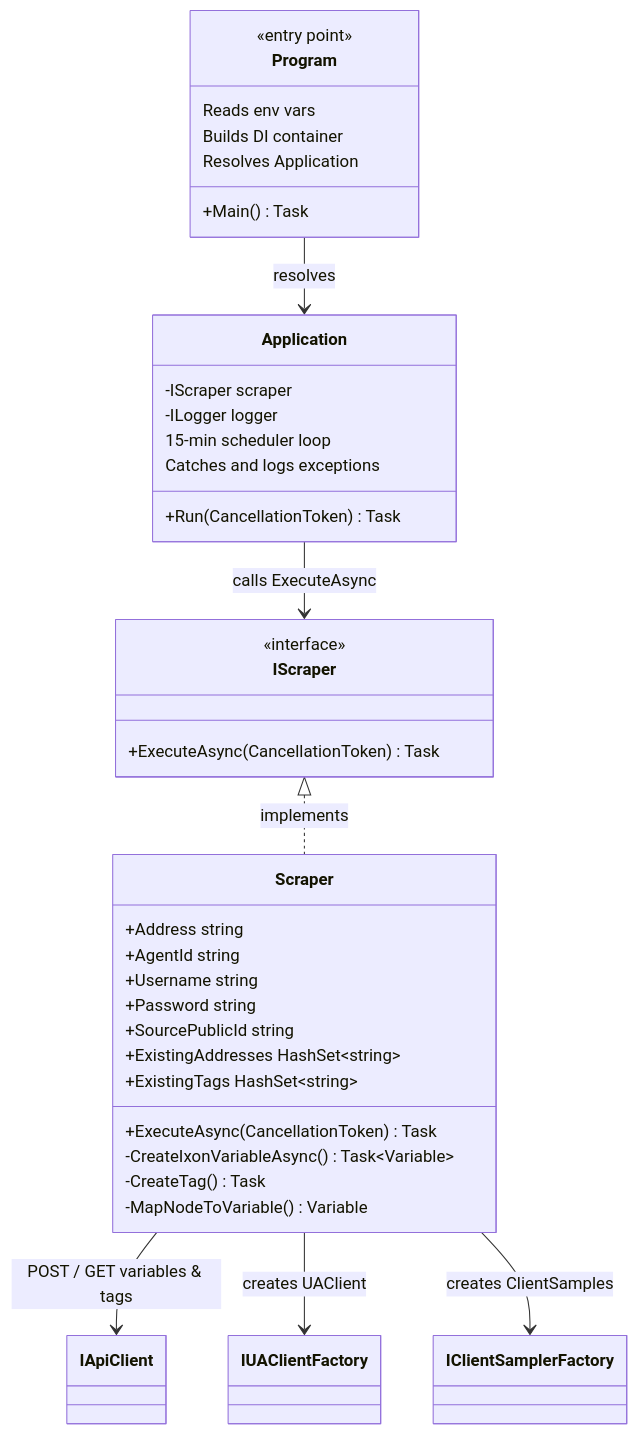
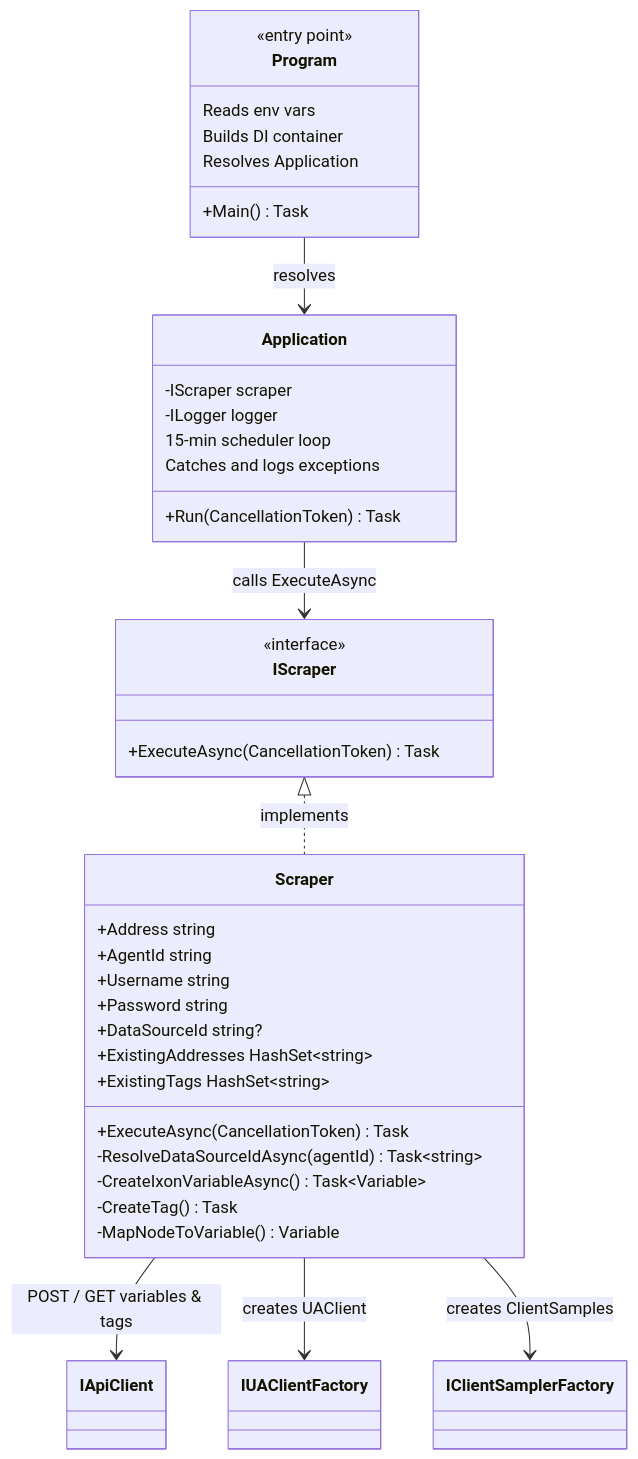
One commit to Rebel-it/rebel-ot-discover-edgeapp changed the second of 4 diagrams in docs/05_building_block_view.adoc. Above: the diagram before and after it, drawn with Mermaid. The commit also changed other lines of this file and 7 other files, not shown here.

Commit message:
Update documentation to reflect changes in data source handling: clarify prompt values in getting started guide, update IXON Source Public ID to Data Source ID, and adjust references throughout the documentation.

```diff
--- a/docs/05_building_block_view.adoc
+++ b/docs/05_building_block_view.adoc
@@ -53,45 +53,46 @@
 [mermaid]
 ....
 classDiagram
     class Program {
         <<entry point>>
         +Main() Task
         Reads env vars
         Builds DI container
         Resolves Application
     }
 
     class Application {
         -IScraper scraper
         -ILogger logger
         +Run(CancellationToken) Task
         15-min scheduler loop
         Catches and logs exceptions
     }
 
     class IScraper {
         <<interface>>
         +ExecuteAsync(CancellationToken) Task
     }
 
     class Scraper {
         +Address string
         +AgentId string
         +Username string
         +Password string
-        +SourcePublicId string
+        +DataSourceId string?
         +ExistingAddresses HashSet~string~
         +ExistingTags HashSet~string~
         +ExecuteAsync(CancellationToken) Task
+        -ResolveDataSourceIdAsync(agentId) Task~string~
         -CreateIxonVariableAsync() Task~Variable~
         -CreateTag() Task
         -MapNodeToVariable() Variable
     }
 
     Program --> Application : resolves
     Application --> IScraper : calls ExecuteAsync
     IScraper <|.. Scraper : implements
     Scraper --> IApiClient : POST / GET variables & tags
     Scraper --> IUAClientFactory : creates UAClient
     Scraper --> IClientSamplerFactory : creates ClientSamples
 ....
```
